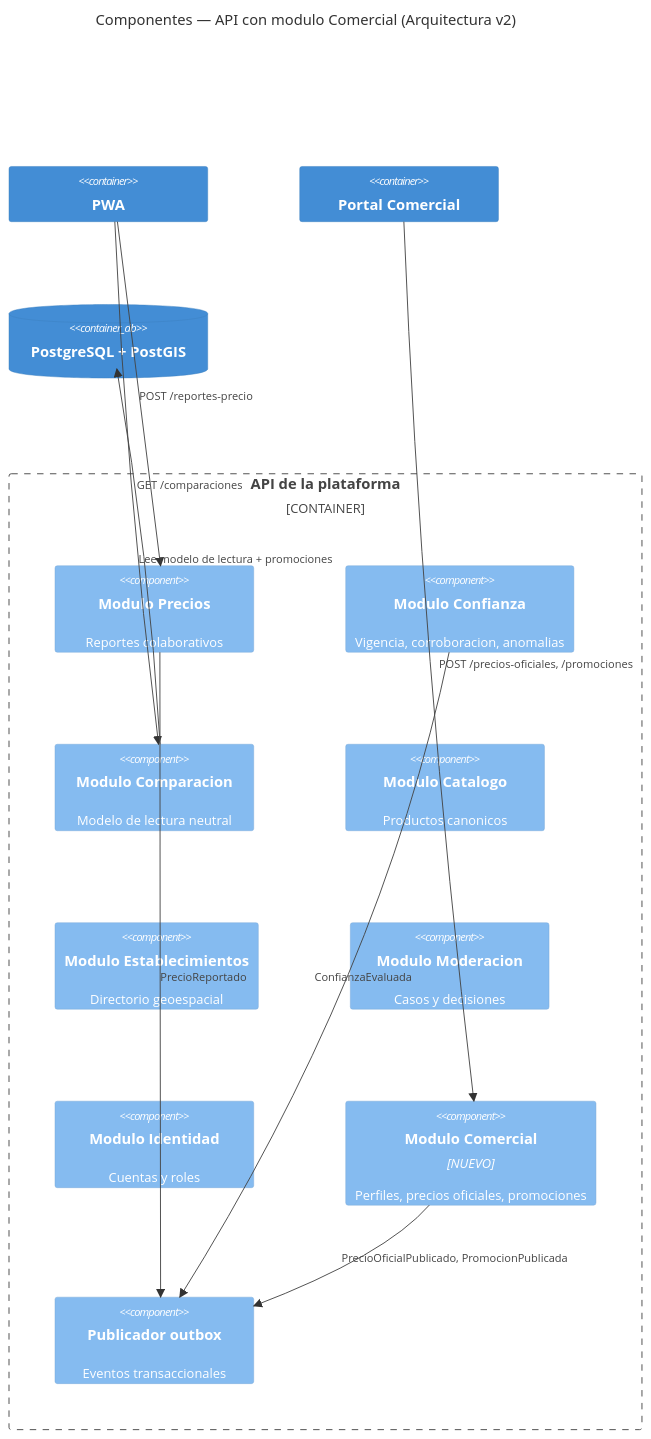
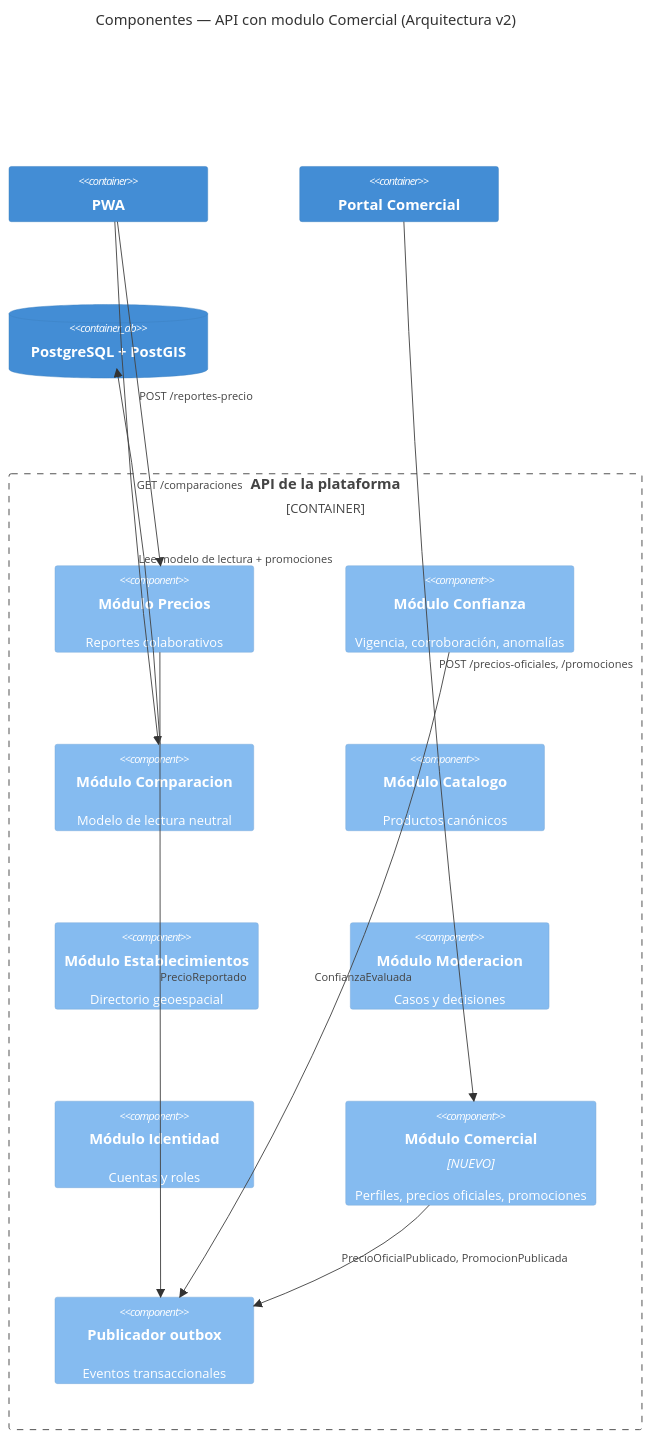
The first of 2 diagrams in docs/03-arquitectura/analisis-impacto-modulo-comercial.md (carlosaugustocue/proyectoNuclear4), drawn with Mermaid before and after one commit. The commit also changed other lines of this file and 2 other files, not shown here.

````diff
--- a/docs/03-arquitectura/analisis-impacto-modulo-comercial.md
+++ b/docs/03-arquitectura/analisis-impacto-modulo-comercial.md
@@ -146,25 +146,25 @@
 ```mermaid
 C4Component
     title Componentes — API con modulo Comercial (Arquitectura v2)
     Container(pwa, "PWA")
     Container(portal, "Portal Comercial")
     ContainerDb(db, "PostgreSQL + PostGIS")
     Container_Boundary(api, "API de la plataforma") {
-        Component(precios, "Modulo Precios", "", "Reportes colaborativos")
-        Component(confianza, "Modulo Confianza", "", "Vigencia, corroboracion, anomalias")
-        Component(comparacion, "Modulo Comparacion", "", "Modelo de lectura neutral")
-        Component(catalogo, "Modulo Catalogo", "", "Productos canonicos")
-        Component(estab, "Modulo Establecimientos", "", "Directorio geoespacial")
-        Component(moderacion, "Modulo Moderacion", "", "Casos y decisiones")
-        Component(identidad, "Modulo Identidad", "", "Cuentas y roles")
-        Component(comercial, "Modulo Comercial", "NUEVO", "Perfiles, precios oficiales, promociones")
+        Component(precios, "Módulo Precios", "", "Reportes colaborativos")
+        Component(confianza, "Módulo Confianza", "", "Vigencia, corroboración, anomalías")
+        Component(comparacion, "Módulo Comparacion", "", "Modelo de lectura neutral")
+        Component(catalogo, "Módulo Catalogo", "", "Productos canónicos")
+        Component(estab, "Módulo Establecimientos", "", "Directorio geoespacial")
+        Component(moderacion, "Módulo Moderacion", "", "Casos y decisiones")
+        Component(identidad, "Módulo Identidad", "", "Cuentas y roles")
+        Component(comercial, "Módulo Comercial", "NUEVO", "Perfiles, precios oficiales, promociones")
         Component(outbox, "Publicador outbox", "", "Eventos transaccionales")
     }
     Rel(pwa, precios, "POST /reportes-precio")
     Rel(pwa, comparacion, "GET /comparaciones")
     Rel(portal, comercial, "POST /precios-oficiales, /promociones")
     Rel(comercial, outbox, "PrecioOficialPublicado, PromocionPublicada")
     Rel(precios, outbox, "PrecioReportado")
     Rel(confianza, outbox, "ConfianzaEvaluada")
     Rel(comparacion, db, "Lee modelo de lectura + promociones")
 ```
````
